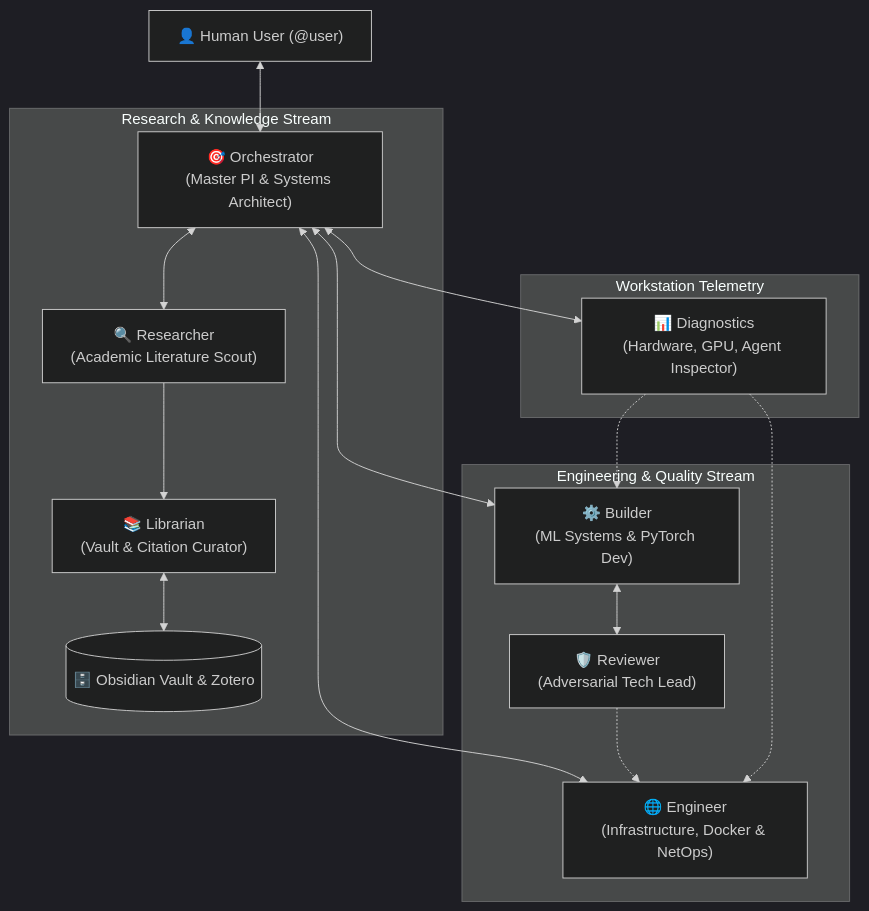
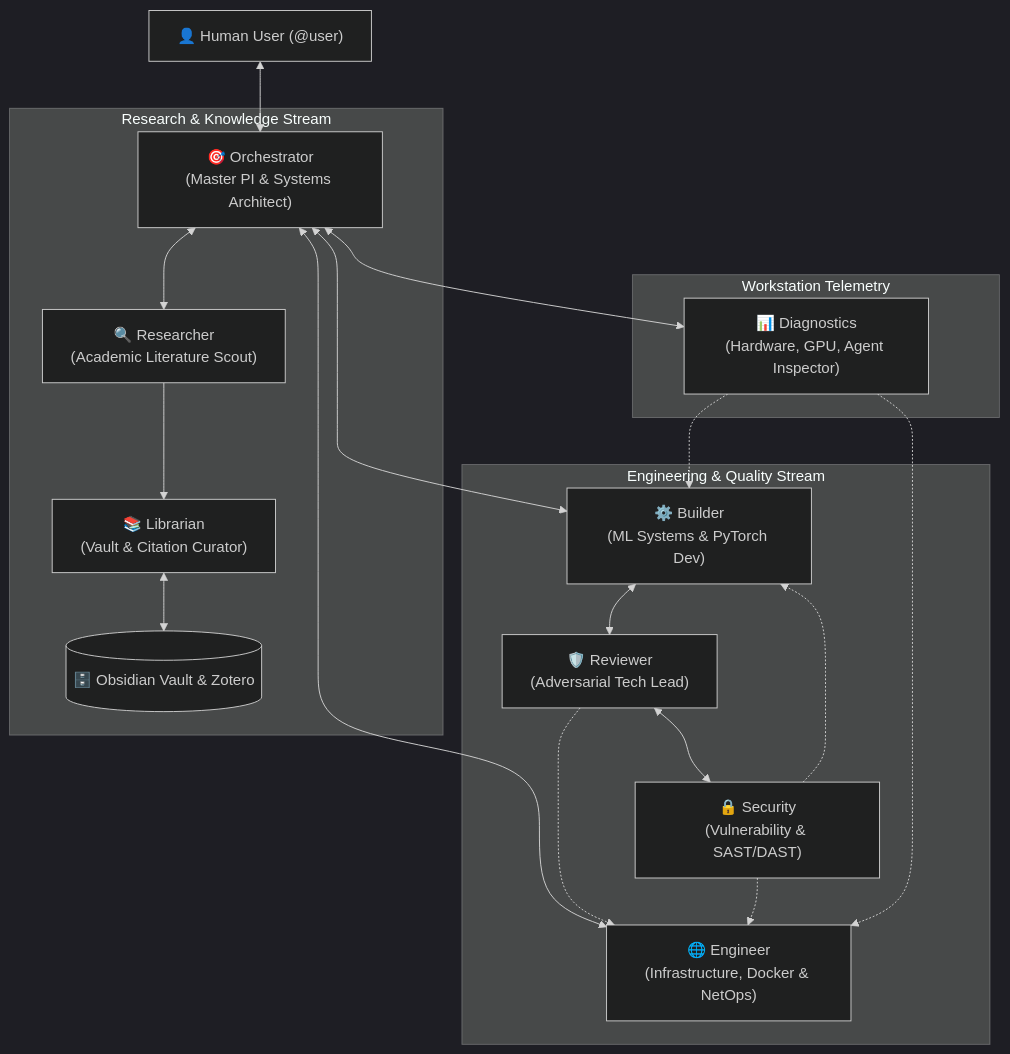
The diagram in README.md (rafifmalikdzaki/hermes-agent-bot-mode-starter), drawn with Mermaid (dark theme) before and after one commit. The commit also changed other lines of this file and 4 other files, not shown here.

````diff
--- a/README.md
+++ b/README.md
@@ -13,23 +13,26 @@
 ```mermaid
 graph TD
     User["👤 Human User (@user)"] <--> Orch["🎯 Orchestrator<br/>(Master PI & Systems Architect)"]
     
     subgraph "Research & Knowledge Stream"
         Orch <--> Res["🔍 Researcher<br/>(Academic Literature Scout)"]
         Res --> Lib["📚 Librarian<br/>(Vault & Citation Curator)"]
         Lib <--> Vault[("🗄️ Obsidian Vault & Zotero")]
     end
     
     subgraph "Engineering & Quality Stream"
         Orch <--> Bld["⚙️ Builder<br/>(ML Systems & PyTorch Dev)"]
         Bld <--> Rev["🛡️ Reviewer<br/>(Adversarial Tech Lead)"]
         Orch <--> Eng["🌐 Engineer<br/>(Infrastructure, Docker & NetOps)"]
         Rev -.-> Eng
+        Rev <--> Sec["🔒 Security<br/>(Vulnerability & SAST/DAST)"]
+        Sec -.-> Eng
+        Sec -.-> Bld
     end
     
     subgraph "Workstation Telemetry"
         Orch <--> Diag["📊 Diagnostics<br/>(Hardware, GPU, Agent Inspector)"]
         Diag -.-> Bld
         Diag -.-> Eng
     end
 ```
````
